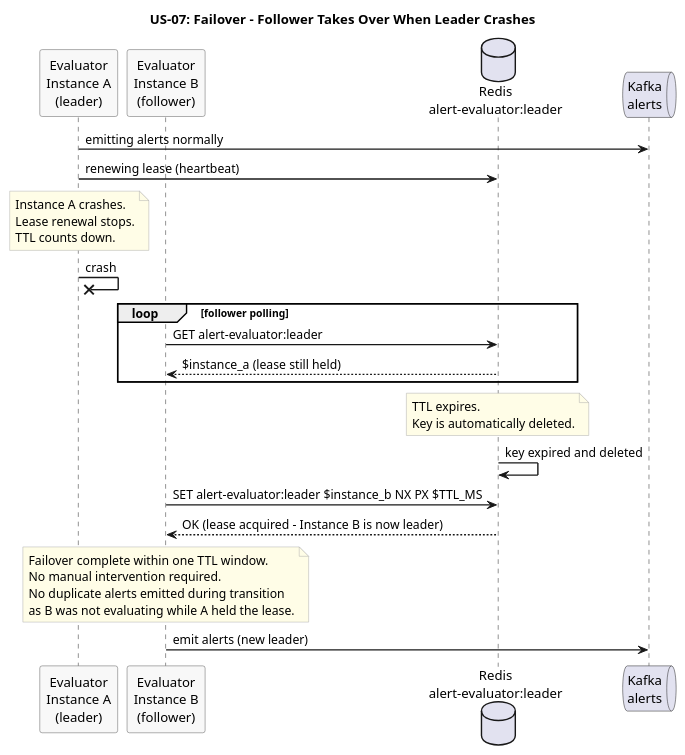
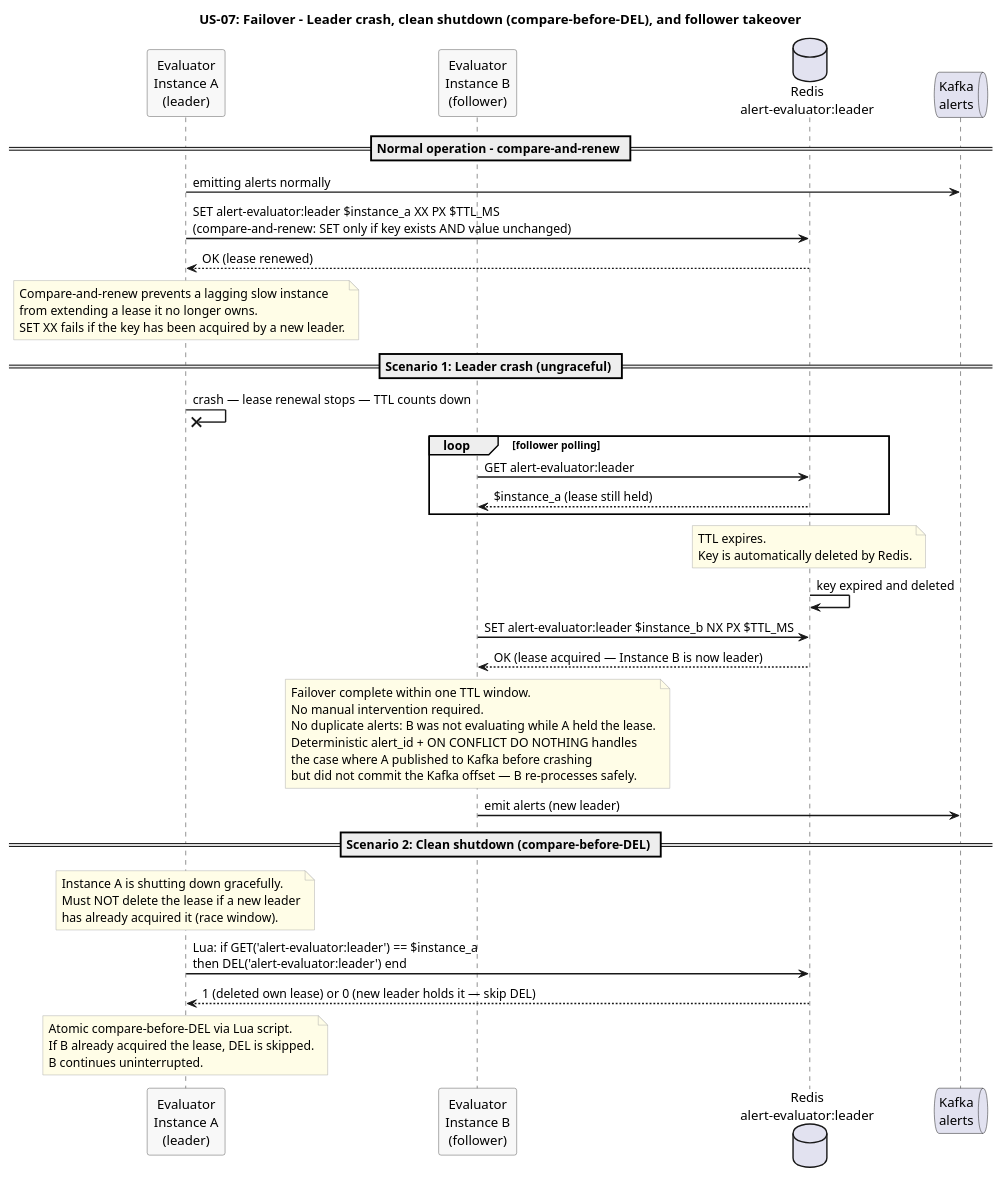
One commit to Buffden/sentinel changed the diagram in docs/use-cases/US-07-duplicate-free-alerts/failover.puml. Above: the diagram before and after it, drawn with PlantUML. The commit also changed 3 other files, not shown here.

First line of the commit message:
alert-evaluator: leader election — compare-before-DEL on shutdown, 5-step lease loss policy

```diff
--- a/docs/use-cases/US-07-duplicate-free-alerts/failover.puml
+++ b/docs/use-cases/US-07-duplicate-free-alerts/failover.puml
@@ -1,50 +1,74 @@
 @startuml failover
-title US-07: Failover - Follower Takes Over When Leader Crashes
+title US-07: Failover - Leader crash, clean shutdown (compare-before-DEL), and follower takeover
 
 skinparam sequenceArrowThickness 1.5
 skinparam participantBorderColor #555555
 skinparam participantBackgroundColor #F8F8F8
 skinparam noteBorderColor #AAAAAA
 skinparam noteBackgroundColor #FFFDE7
 
 participant "Evaluator\nInstance A\n(leader)" as A
 participant "Evaluator\nInstance B\n(follower)" as B
 database "Redis\nalert-evaluator:leader" as Redis
 queue "Kafka\nalerts" as Kafka
 
+== Normal operation - compare-and-renew ==
+
 A -> Kafka : emitting alerts normally
-A -> Redis : renewing lease (heartbeat)
+A -> Redis : SET alert-evaluator:leader $instance_a XX PX $TTL_MS\n(compare-and-renew: SET only if key exists AND value unchanged)
+Redis --> A : OK (lease renewed)
 
 note over A
-  Instance A crashes.
-  Lease renewal stops.
-  TTL counts down.
+  Compare-and-renew prevents a lagging slow instance
+  from extending a lease it no longer owns.
+  SET XX fails if the key has been acquired by a new leader.
 end note
 
-A ->x A : crash
+== Scenario 1: Leader crash (ungraceful) ==
+
+A ->x A : crash — lease renewal stops — TTL counts down
 
 loop follower polling
   B -> Redis : GET alert-evaluator:leader
   Redis --> B : $instance_a (lease still held)
 end
 
 note over Redis
   TTL expires.
-  Key is automatically deleted.
+  Key is automatically deleted by Redis.
 end note
 
 Redis -> Redis : key expired and deleted
 
 B -> Redis : SET alert-evaluator:leader $instance_b NX PX $TTL_MS
-Redis --> B : OK (lease acquired - Instance B is now leader)
+Redis --> B : OK (lease acquired — Instance B is now leader)
 
 note over B
   Failover complete within one TTL window.
   No manual intervention required.
-  No duplicate alerts emitted during transition
-  as B was not evaluating while A held the lease.
+  No duplicate alerts: B was not evaluating while A held the lease.
+  Deterministic alert_id + ON CONFLICT DO NOTHING handles
+  the case where A published to Kafka before crashing
+  but did not commit the Kafka offset — B re-processes safely.
 end note
 
 B -> Kafka : emit alerts (new leader)
 
+== Scenario 2: Clean shutdown (compare-before-DEL) ==
+
+note over A
+  Instance A is shutting down gracefully.
+  Must NOT delete the lease if a new leader
+  has already acquired it (race window).
+end note
+
+A -> Redis : Lua: if GET('alert-evaluator:leader') == $instance_a\nthen DEL('alert-evaluator:leader') end
+Redis --> A : 1 (deleted own lease) or 0 (new leader holds it — skip DEL)
+
+note over A
+  Atomic compare-before-DEL via Lua script.
+  If B already acquired the lease, DEL is skipped.
+  B continues uninterrupted.
+end note
+
 @enduml
```
